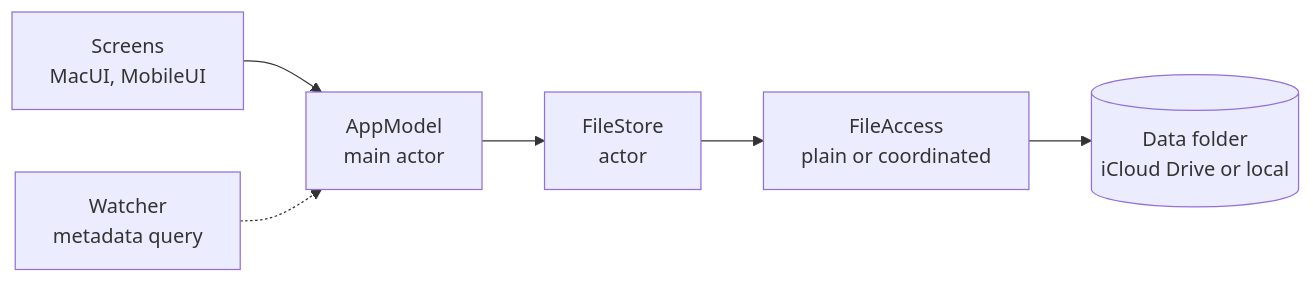
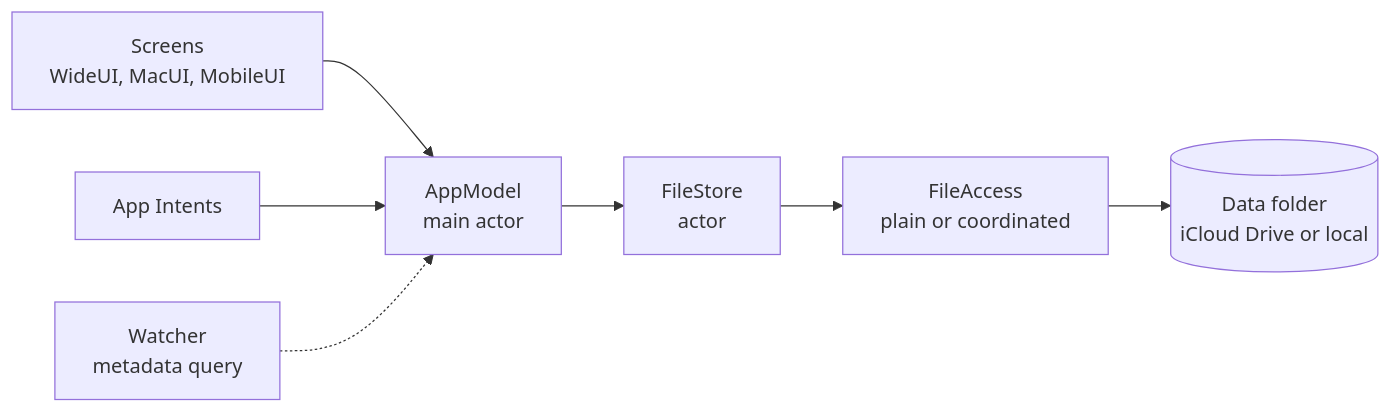
Before and after one commit to j23n/makeitrain: the diagram in docs/architecture.md, drawn with Mermaid. The commit also changed other lines of this file and 3 other files, not shown here.

````diff
--- a/docs/architecture.md
+++ b/docs/architecture.md
@@ -17,8 +19,9 @@
 ```mermaid
 flowchart LR
-  V[Screens<br/>MacUI, MobileUI] --> M[AppModel<br/>main actor]
+  V[Screens<br/>WideUI, MacUI, MobileUI] --> M[AppModel<br/>main actor]
+  I[App Intents] --> M
   M --> S[FileStore<br/>actor]
   S --> A[FileAccess<br/>plain or coordinated]
   A --> F[(Data folder<br/>iCloud Drive or local)]
   W[Watcher<br/>metadata query] -.-> M
 ```
````
